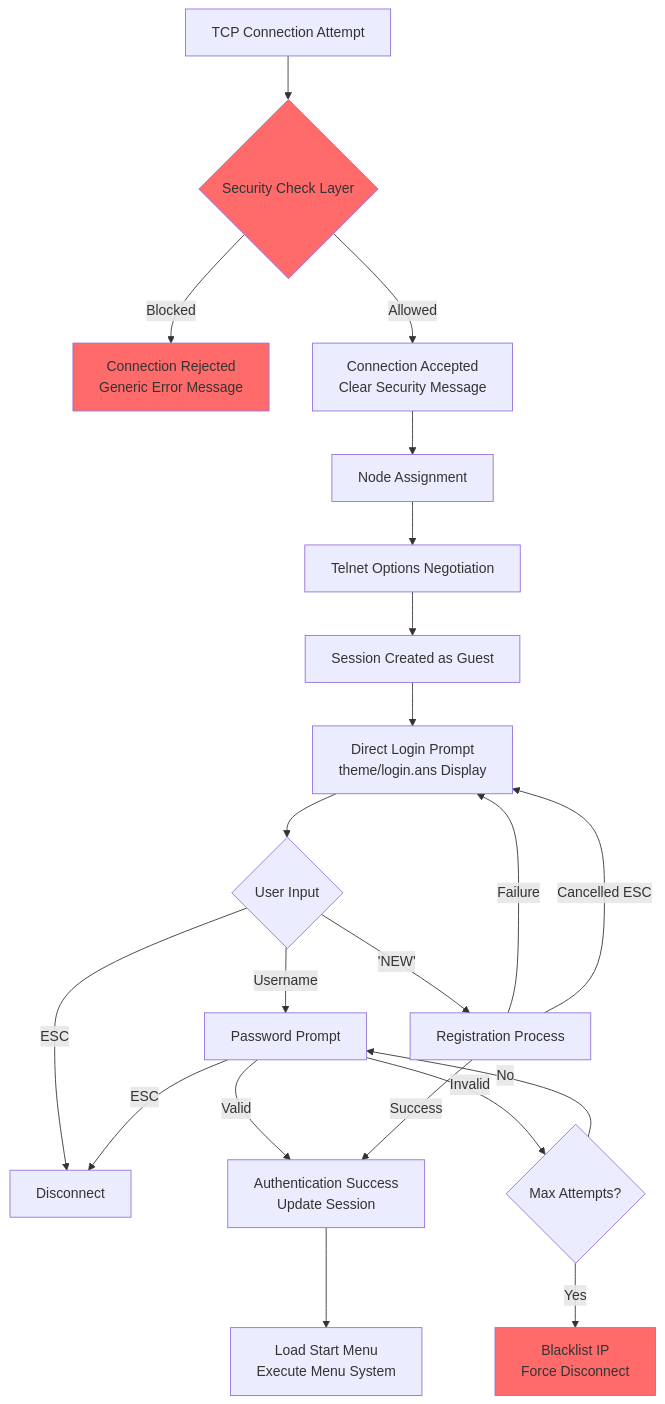
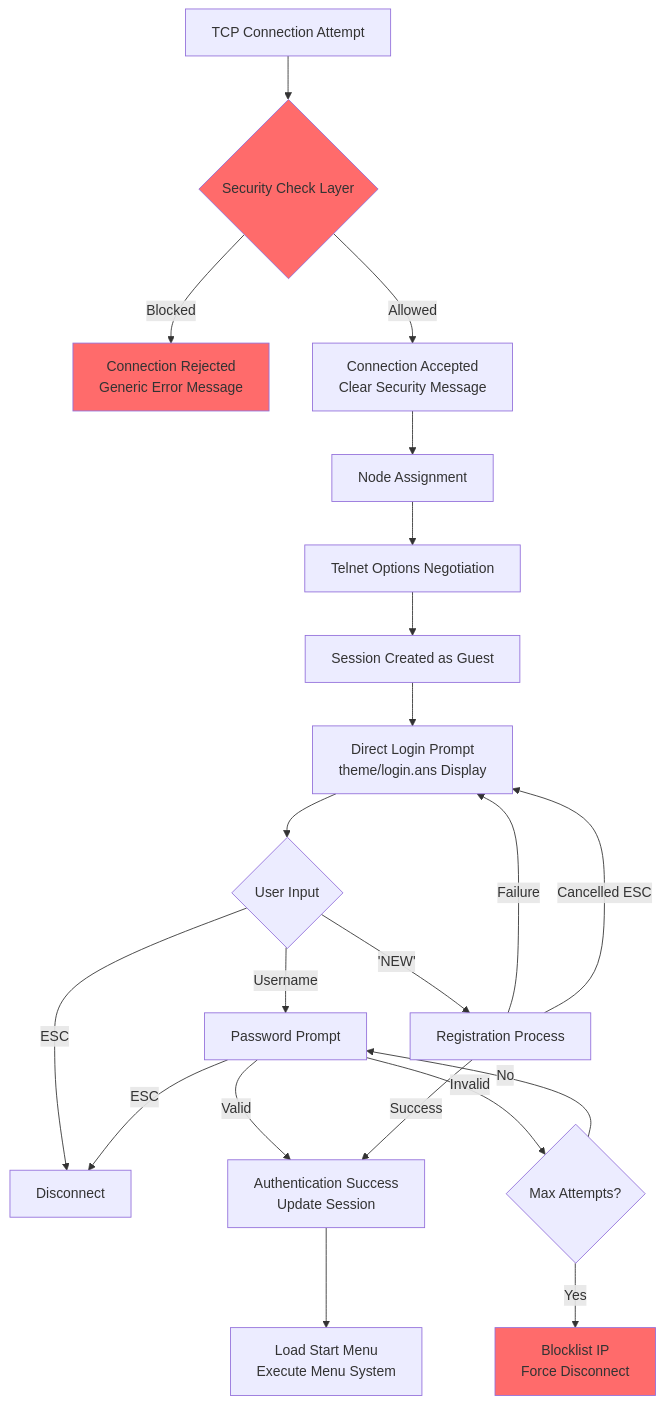
The diagram in memory-bank/applicationFlow.md (robbiew/ReTRoGRaDe), drawn with Mermaid before and after one commit. The commit also changed other lines of this file and 14 other files, not shown here.

````diff
--- a/memory-bank/applicationFlow.md
+++ b/memory-bank/applicationFlow.md
@@ -16,33 +16,33 @@
 ```mermaid
 graph TD
     A[TCP Connection Attempt] --> B{Security Check Layer}
     B -->|Blocked| C[Connection Rejected<br/>Generic Error Message]
     B -->|Allowed| D[Connection Accepted<br/>Clear Security Message]
 
     D --> E[Node Assignment]
     E --> F[Telnet Options Negotiation]
     F --> G[Session Created as Guest]
     G --> H[Direct Login Prompt<br/>theme/login.ans Display]
 
     H --> I{User Input}
 
     I -->|Username| J[Password Prompt]
     I -->|'NEW'| K[Registration Process]
     I -->|ESC| Z[Disconnect]
 
     J -->|Valid| L[Authentication Success<br/>Update Session]
     J -->|Invalid| M{Max Attempts?}
-    M -->|Yes| N[Blacklist IP<br/>Force Disconnect]
+    M -->|Yes| N[Blocklist IP<br/>Force Disconnect]
     M -->|No| J
     J -->|ESC| Z[Disconnect]
 
     K -->|Success| L
     K -->|Failure| H
     K -->|Cancelled ESC| H
 
     L --> O[Load Start Menu<br/>Execute Menu System]
 
     style B fill:#ff6b6b
     style C fill:#ff6b6b
     style N fill:#ff6b6b
 ```
````
